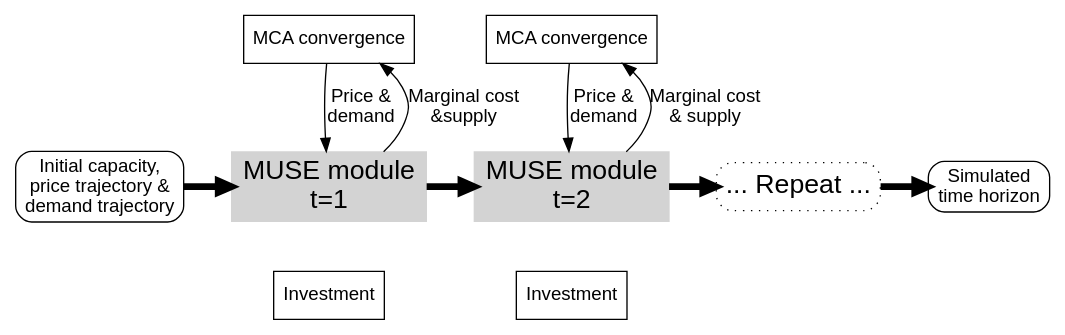
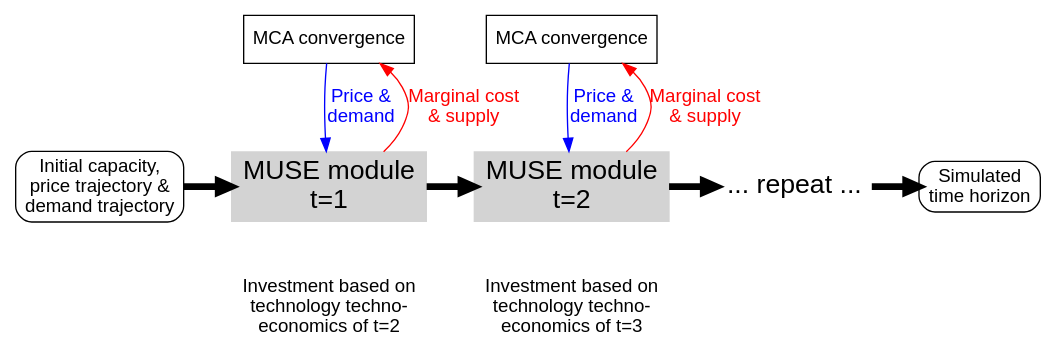
The diagram in docs/overview.rst (EnergySystemsModellingLab/MUSE_OS), drawn with Graphviz before and after one commit.

Commit message:
Improve readability of the plot

```diff
--- a/docs/overview.rst
+++ b/docs/overview.rst
@@ -137,23 +137,24 @@
 .. graphviz::
     :align: center
 
     digraph foo {
         node [fontname="Helvetica,Arial,sans-serif", shape=box]
         edge [fontname="Helvetica,Arial,sans-serif"]
 
         inputs [label="Initial capacity,\nprice trajectory &\ndemand trajectory", style=rounded];
         first [label="MUSE module\nt=1", fontsize=20, style=filled, color=lightgrey];
         second [label="MUSE module\nt=2", fontsize=20, style=filled, color=lightgrey];
-        repeat [label="... Repeat ...", fontsize=20, style="rounded,dotted"];
+        repeat [label="... repeat ...", fontsize=20, color=white];
         end [label="Simulated\ntime horizon", style=rounded];
         {node [label="MCA convergence"] mca1; mca2;}
-        {node [label="Investment"] inv1; inv2;}
+        invFirst [label="Investment based on\ntechnology techno-\neconomics of t=2", color=white]
+        invSecond [label="Investment based on\ntechnology techno-\neconomics of t=3", color=white]
 
         rank=same {inputs -> first -> second -> repeat -> end [penwidth=5]};
-        first -> mca1 [label="Marginal cost\n &supply", constraint=false];
-        mca1 -> first [label="Price &\n demand"];
-        second -> mca2 [label="Marginal cost\n& supply", constraint=false];
-        mca2 -> second [label="Price &\n demand"];
-        first -> inv1 [style=invis]
-        second -> inv2 [style=invis]
+        first -> mca1 [label="Marginal cost\n& supply", color=red, fontcolor=red, constraint=false];
+        mca1 -> first [label="Price &\n demand", color=blue, fontcolor=blue];
+        second -> mca2 [label="Marginal cost\n& supply", color=red, fontcolor=red, constraint=false];
+        mca2 -> second [label="Price &\n demand", color=blue, fontcolor=blue];
+        first -> invFirst [style=invis]
+        second -> invSecond [style=invis]
     }
```
